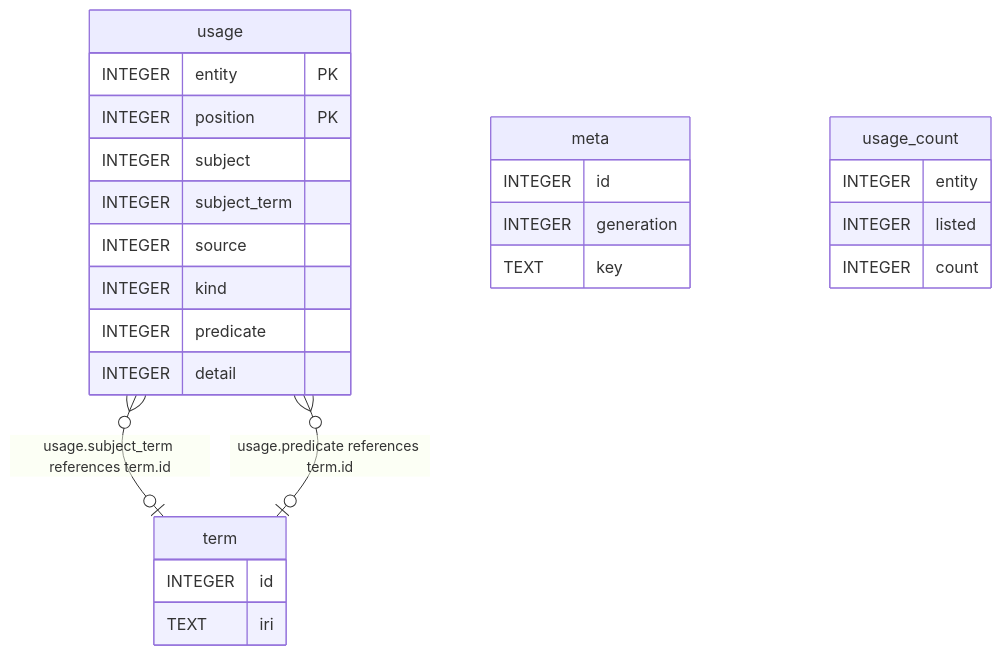
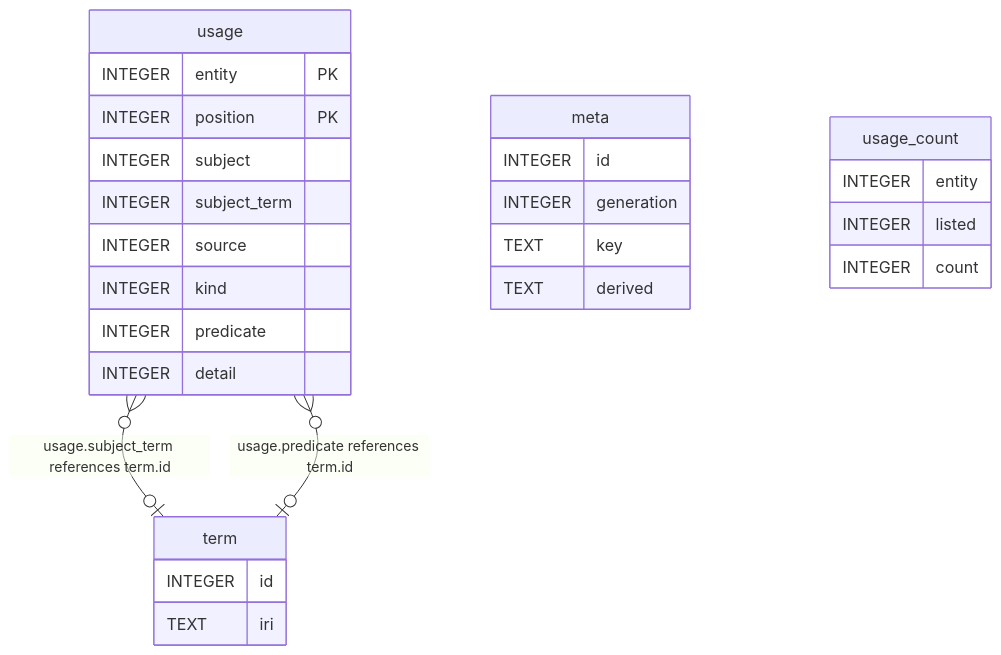
One commit to jclerman/browl changed the diagram in docs/schema/usages/README.md. Above: the diagram before and after it, drawn with Mermaid. The commit also changed other lines of this file and 11 other files, not shown here.

````diff
--- a/docs/schema/usages/README.md
+++ b/docs/schema/usages/README.md
@@ -21,31 +21,32 @@
 ```mermaid
 erDiagram
 
 "usage" }o--o| "term" : "usage.subject_term references term.id"
 "usage" }o--o| "term" : "usage.predicate references term.id"
 
 "meta" {
   INTEGER id
   INTEGER generation
   TEXT key
+  TEXT derived
 }
 "term" {
   INTEGER id
   TEXT iri
 }
 "usage" {
   INTEGER entity PK
   INTEGER position PK
   INTEGER subject
   INTEGER subject_term
   INTEGER source
   INTEGER kind
   INTEGER predicate
   INTEGER detail
 }
 "usage_count" {
   INTEGER entity
   INTEGER listed
   INTEGER count
 }
 ```
````
